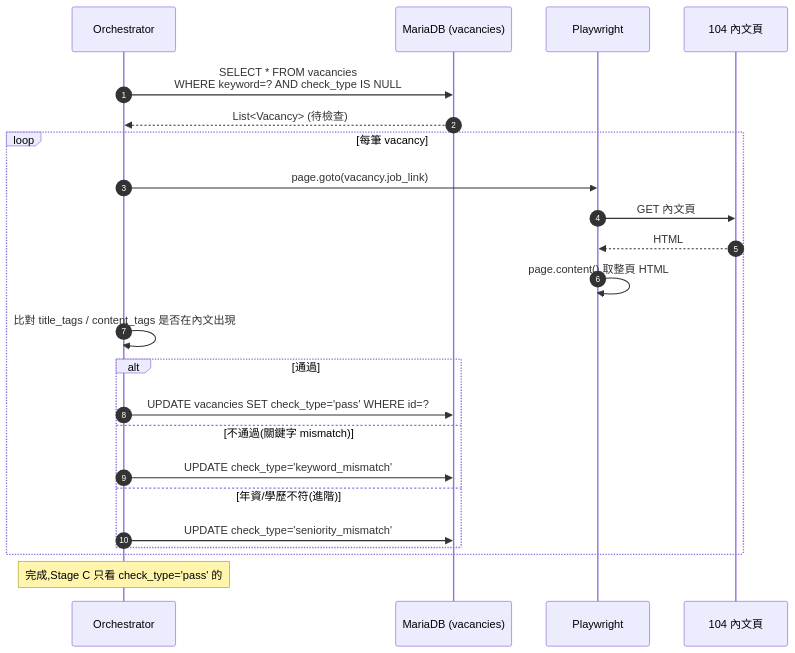
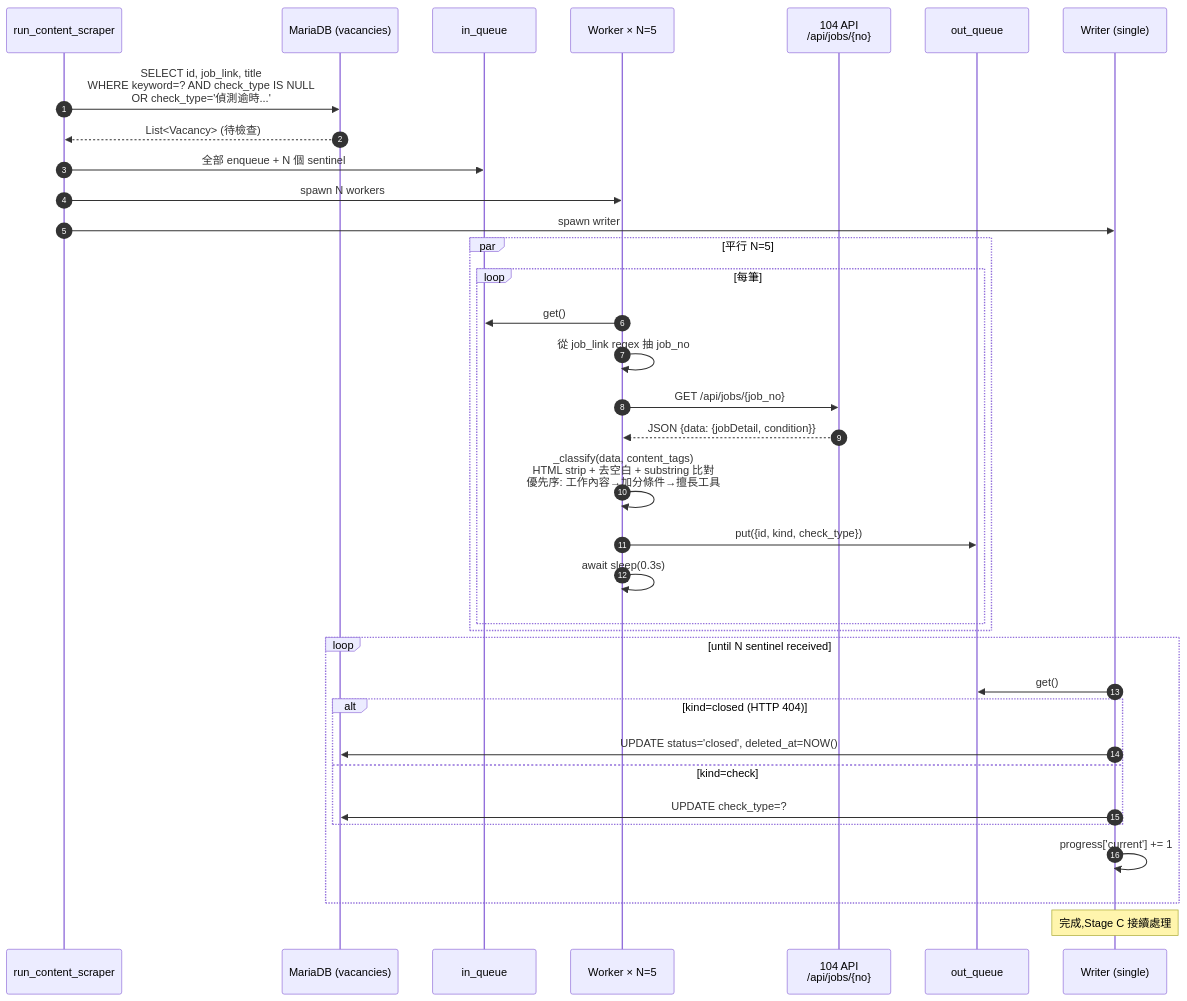
Before and after one commit to jacky0996/job_digger: the second of 5 diagrams in docs/sequence-diagrams.md, drawn with Mermaid. The commit also changed other lines of this file and 14 other files, not shown here.

````diff
--- a/docs/sequence-diagrams.md
+++ b/docs/sequence-diagrams.md
@@ -85,29 +85,41 @@
 ```mermaid
 sequenceDiagram
     autonumber
-    participant Orch as Orchestrator
+    participant Orch as run_content_scraper
     participant DB as MariaDB (vacancies)
-    participant Pw as Playwright
-    participant Site as 104 內文頁
+    participant InQ as in_queue
+    participant W as Worker × N=5
+    participant API as 104 API<br/>/api/jobs/{no}
+    participant OutQ as out_queue
+    participant Wr as Writer (single)
 
-    Orch->>DB: SELECT * FROM vacancies<br/>WHERE keyword=? AND check_type IS NULL
+    Orch->>DB: SELECT id, job_link, title<br/>WHERE keyword=? AND check_type IS NULL<br/>OR check_type='偵測逾時...'
     DB-->>Orch: List<Vacancy> (待檢查)
+    Orch->>InQ: 全部 enqueue + N 個 sentinel
+    Orch->>W: spawn N workers
+    Orch->>Wr: spawn writer
 
-    loop 每筆 vacancy
-        Orch->>Pw: page.goto(vacancy.job_link)
-        Pw->>Site: GET 內文頁
-        Site-->>Pw: HTML
-        Pw->>Pw: page.content() 取整頁 HTML
-        Orch->>Orch: 比對 title_tags / content_tags 是否在內文出現
-
-        alt 通過
-            Orch->>DB: UPDATE vacancies SET check_type='pass' WHERE id=?
-        else 不通過(關鍵字 mismatch)
-            Orch->>DB: UPDATE check_type='keyword_mismatch'
-        else 年資/學歷不符(進階)
-            Orch->>DB: UPDATE check_type='seniority_mismatch'
+    par 平行 N=5
+        loop 每筆
+            W->>InQ: get()
+            W->>W: 從 job_link regex 抽 job_no
+            W->>API: GET /api/jobs/{job_no}
+            API-->>W: JSON {data: {jobDetail, condition}}
+            W->>W: _classify(data, content_tags)<br/>HTML strip + 去空白 + substring 比對<br/>優先序: 工作內容→加分條件→擅長工具
+            W->>OutQ: put({id, kind, check_type})
+            W->>W: await sleep(0.3s)
         end
     end
 
-    Note over Orch: 完成,Stage C 只看 check_type='pass' 的
+    loop until N sentinel received
+        Wr->>OutQ: get()
+        alt kind=closed (HTTP 404)
+            Wr->>DB: UPDATE status='closed', deleted_at=NOW()
+        else kind=check
+            Wr->>DB: UPDATE check_type=?
+        end
+        Wr->>Wr: progress['current'] += 1
+    end
+
+    Note over Wr: 完成,Stage C 接續處理
 ```
````
